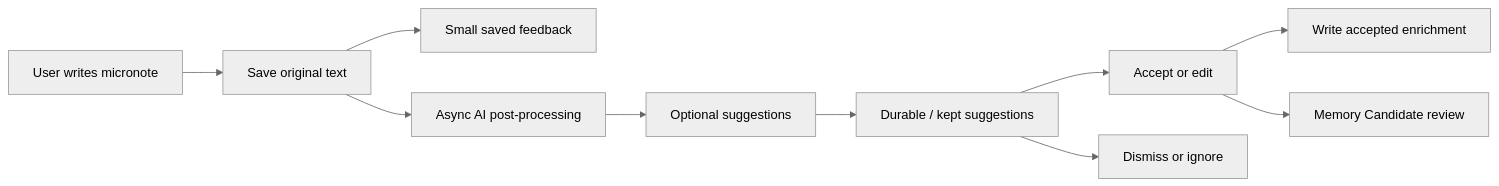
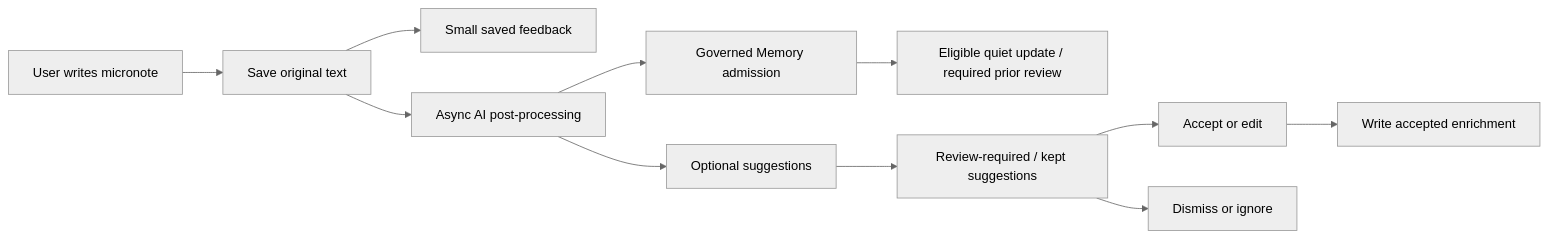
Before and after one commit to edonyzpc/personal-assistant: the diagram in docs/product/specs/pa-quick-capture-micronote-product-spec.md, drawn with Mermaid (neutral theme). The commit also changed other lines of this file and 44 other files, not shown here.

````diff
--- a/docs/product/specs/pa-quick-capture-micronote-product-spec.md
+++ b/docs/product/specs/pa-quick-capture-micronote-product-spec.md
@@ -111,12 +121,13 @@
 ```mermaid
 flowchart LR
   User["User writes micronote"] --> Save["Save original text"]
   Save --> Feedback["Small saved feedback"]
   Save --> Async["Async AI post-processing"]
   Async --> Preview["Optional suggestions"]
-  Preview --> Queue["Durable / kept suggestions"]
+  Async --> Admission["Governed Memory admission"]
+  Admission --> Memory["Eligible quiet update / required prior review"]
+  Preview --> Queue["Review-required / kept suggestions"]
   Queue --> Accept["Accept or edit"]
   Queue --> Dismiss["Dismiss or ignore"]
   Accept --> Note["Write accepted enrichment"]
-  Accept --> Memory["Memory Candidate review"]
 ```
````
